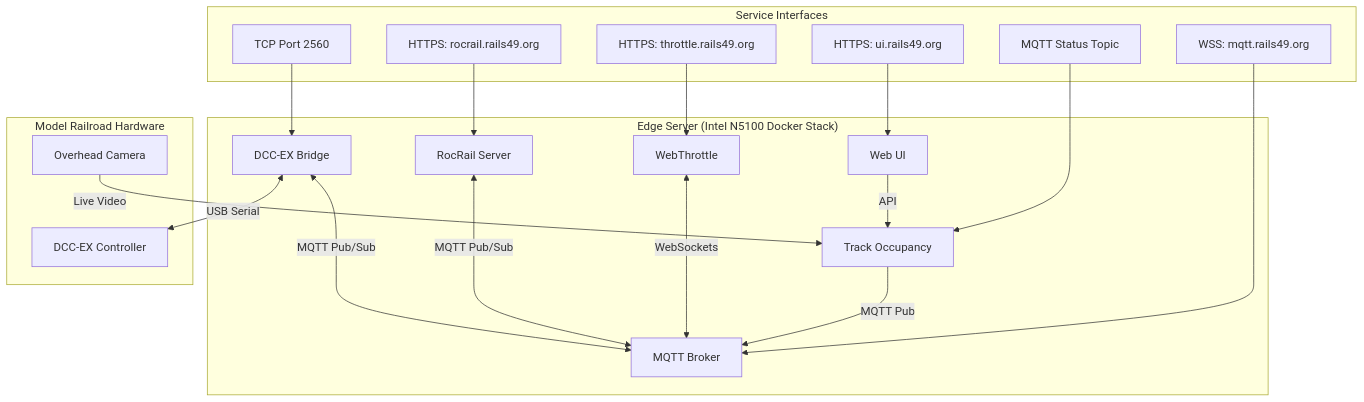
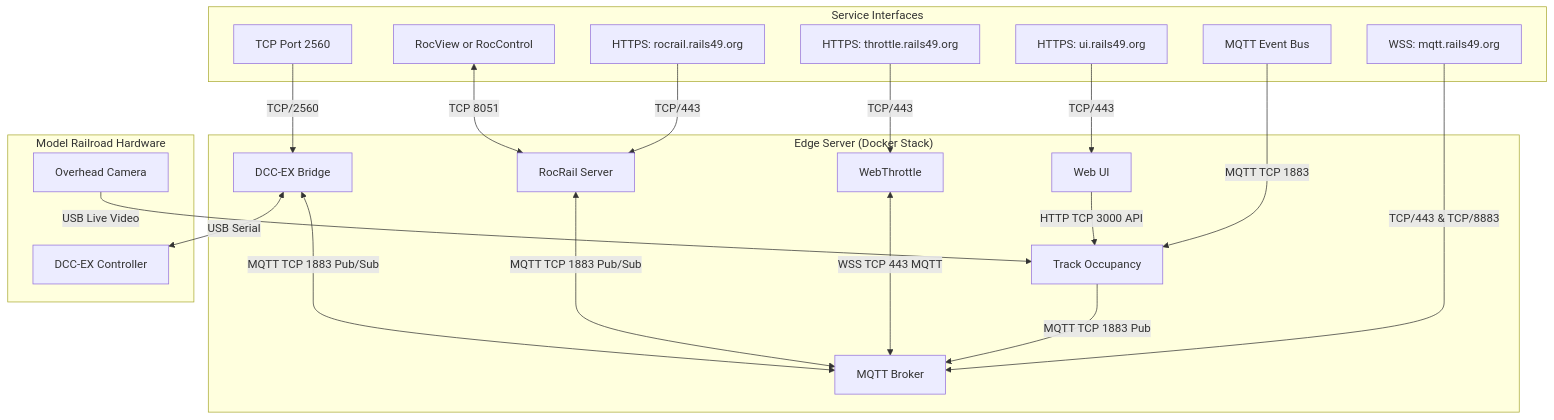
Before and after one commit to iot49/track-occupancy: the diagram in README.md, drawn with Mermaid. The commit also changed other lines of this file and 1 other file, not shown here.

Commit message:
documentation updates

````diff
--- a/README.md
+++ b/README.md
@@ -42,45 +45,47 @@
 ```mermaid
-graph TD
+flowchart TD
     %% Service Interfaces above
     subgraph Interfaces ["Service Interfaces"]
         UI_IF["HTTPS: ui.rails49.org"]
         THROTTLE_IF["HTTPS: throttle.rails49.org"]
         ROCRAIL_IF["HTTPS: rocrail.rails49.org"]
         MQTT_IF["WSS: mqtt.rails49.org"]
-        OCC_IF["MQTT Status Topic"]
+        OCC_IF["MQTT Event Bus"]
         BRIDGE_IF["TCP Port 2560"]
+        ROCVIEW["RocView or RocControl"]
     end
 
     %% Services nested inside the Edge Server
-    subgraph Server ["Edge Server (Intel N5100 Docker Stack)"]
+    subgraph Server ["Edge Server (Docker Stack)"]
         UI["Web UI"]
         THROTTLE["WebThrottle"]
         ROCRAIL["RocRail Server"]
         MQTT["MQTT Broker"]
         OCCUPANCY["Track Occupancy"]
         BRIDGE["DCC-EX Bridge"]
     end
 
     %% Model Railroad Hardware
     subgraph Hardware ["Model Railroad Hardware"]
         CAM["Overhead Camera"]
         DCC["DCC-EX Controller"]
     end
 
     %% Interface mapping to Services
-    UI_IF --> UI
-    THROTTLE_IF --> THROTTLE
-    ROCRAIL_IF --> ROCRAIL
-    MQTT_IF --> MQTT
-    OCC_IF --> OCCUPANCY
-    BRIDGE_IF --> BRIDGE
+    UI_IF -->|TCP/443| UI
+    THROTTLE_IF -->|TCP/443| THROTTLE
+    ROCRAIL_IF -->|TCP/443| ROCRAIL
+    MQTT_IF -->|TCP/443 & TCP/8883| MQTT
+    OCC_IF -->|MQTT TCP 1883| OCCUPANCY
+    BRIDGE_IF -->|TCP/2560| BRIDGE
 
     %% Core interactions & Hardware mapping
-    CAM -->|Live Video| OCCUPANCY
-    OCCUPANCY -->|MQTT Pub| MQTT
-    UI -->|API| OCCUPANCY
-    THROTTLE <-->|WebSockets| MQTT
-    ROCRAIL <-->|MQTT Pub/Sub| MQTT
-    BRIDGE <-->|MQTT Pub/Sub| MQTT
+    CAM -->|USB Live Video| OCCUPANCY
+    OCCUPANCY -->|MQTT TCP 1883 Pub| MQTT
+    UI -->|HTTP TCP 3000 API| OCCUPANCY
+    THROTTLE <-->|WSS TCP 443 MQTT| MQTT
+    ROCRAIL <-->|MQTT TCP 1883 Pub/Sub| MQTT
+    BRIDGE <-->|MQTT TCP 1883 Pub/Sub| MQTT
     BRIDGE <-->|USB Serial| DCC
+    ROCVIEW <-->|TCP 8051| ROCRAIL
 ```
````
